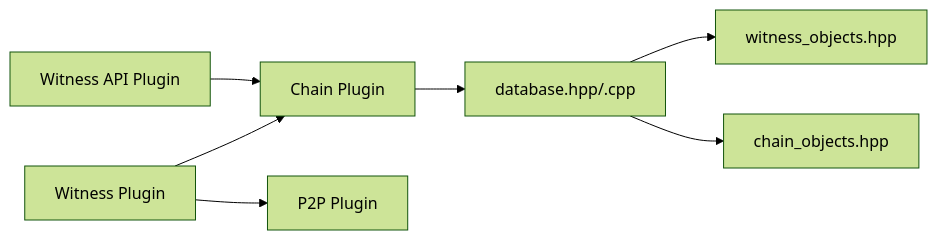
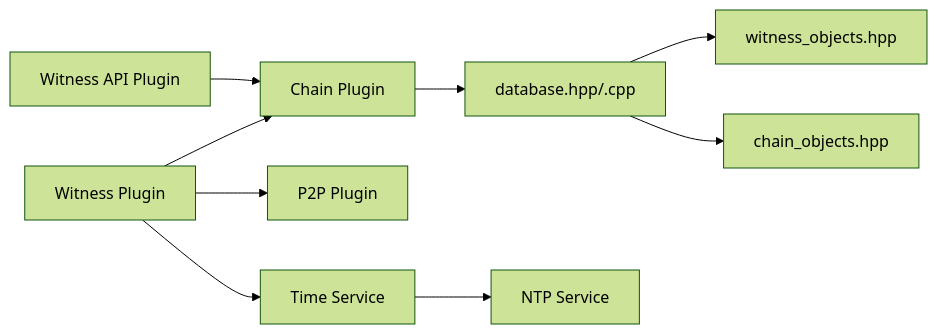
The sixth of 6 diagrams in .qoder/repowiki/en/content/Witness.md (VIZ-Blockchain/viz-cpp-node), drawn with Mermaid (forest theme) before and after one commit. The commit also changed other lines of this file and 5 other files, not shown here.

````diff
--- a/.qoder/repowiki/en/content/Witness.md
+++ b/.qoder/repowiki/en/content/Witness.md
@@ -307,9 +365,11 @@
 ```mermaid
 graph LR
 WITNESS["Witness Plugin"] --> CHAIN["Chain Plugin"]
 WITNESS --> P2P["P2P Plugin"]
+WITNESS --> TIME["Time Service"]
 WAPI["Witness API Plugin"] --> CHAIN
 CHAIN --> DB["database.hpp/.cpp"]
 DB --> WITNESS_OBJ["witness_objects.hpp"]
 DB --> BPV_OBJ["chain_objects.hpp"]
+TIME --> NTP["NTP Service"]
 ```
````
